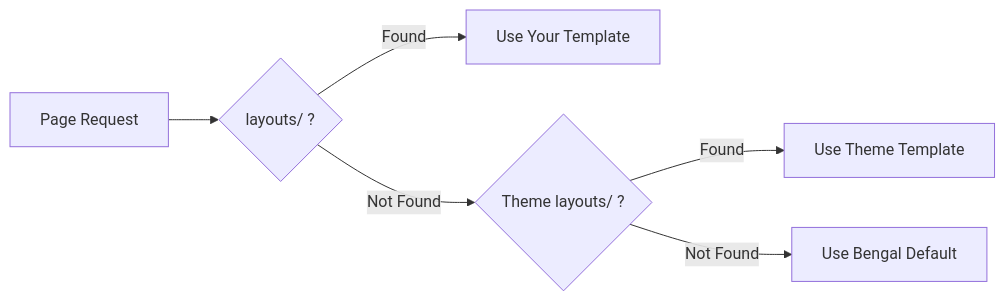
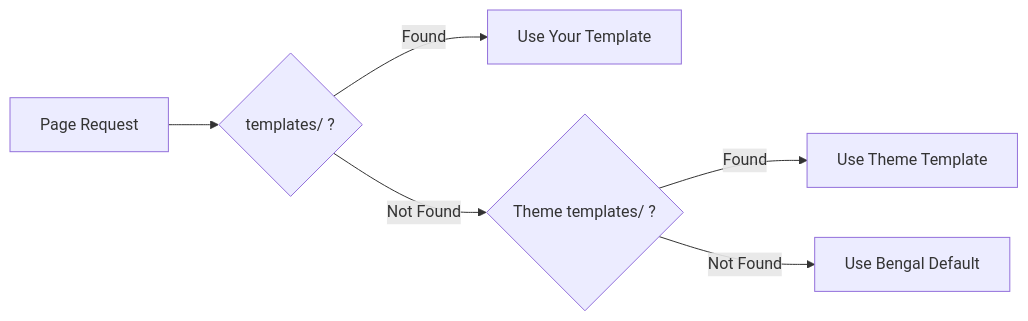
Before and after one commit to lbliii/bengal: the first of 2 diagrams in site/content/docs/theming/templating/_index.md, drawn with Mermaid. The commit also changed other lines of this file and 5 other files, not shown here.

````diff
--- a/site/content/docs/theming/templating/_index.md
+++ b/site/content/docs/theming/templating/_index.md
@@ -16,8 +16,8 @@
 ```mermaid
 flowchart LR
-    A[Page Request] --> B{layouts/ ?}
+    A[Page Request] --> B{templates/ ?}
     B -->|Found| C[Use Your Template]
-    B -->|Not Found| D{Theme layouts/ ?}
+    B -->|Not Found| D{Theme templates/ ?}
     D -->|Found| E[Use Theme Template]
     D -->|Not Found| F[Use Bengal Default]
 ```
````
